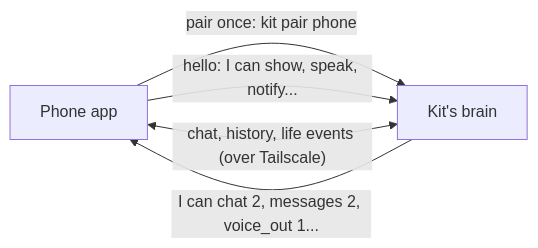
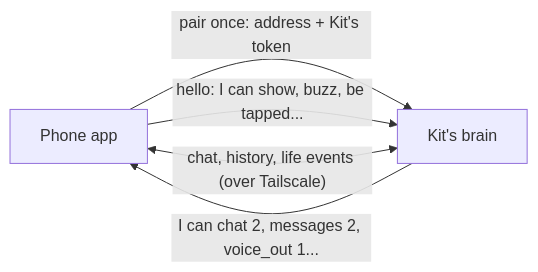
One commit to Senitage/Kit changed the diagram in docs/2 How Kit Works/Phone App.md. Above: the diagram before and after it, drawn with Mermaid. The commit also changed other lines of this file and 8 other files, not shown here.

````diff
--- a/docs/2 How Kit Works/Phone App.md
+++ b/docs/2 How Kit Works/Phone App.md
@@ -38,7 +39,7 @@
 ```mermaid
 flowchart LR
-    Phone["Phone app"] -- "pair once: kit pair phone" --> Brain["Kit's brain"]
-    Phone -- "hello: I can show, speak, notify..." --> Brain
+    Phone["Phone app"] -- "pair once: address + Kit's token" --> Brain["Kit's brain"]
+    Phone -- "hello: I can show, buzz, be tapped..." --> Brain
     Brain -- "I can chat 2, messages 2, voice_out 1..." --> Phone
     Phone <-- "chat, history, life events (over Tailscale)" --> Brain
 ```
````
